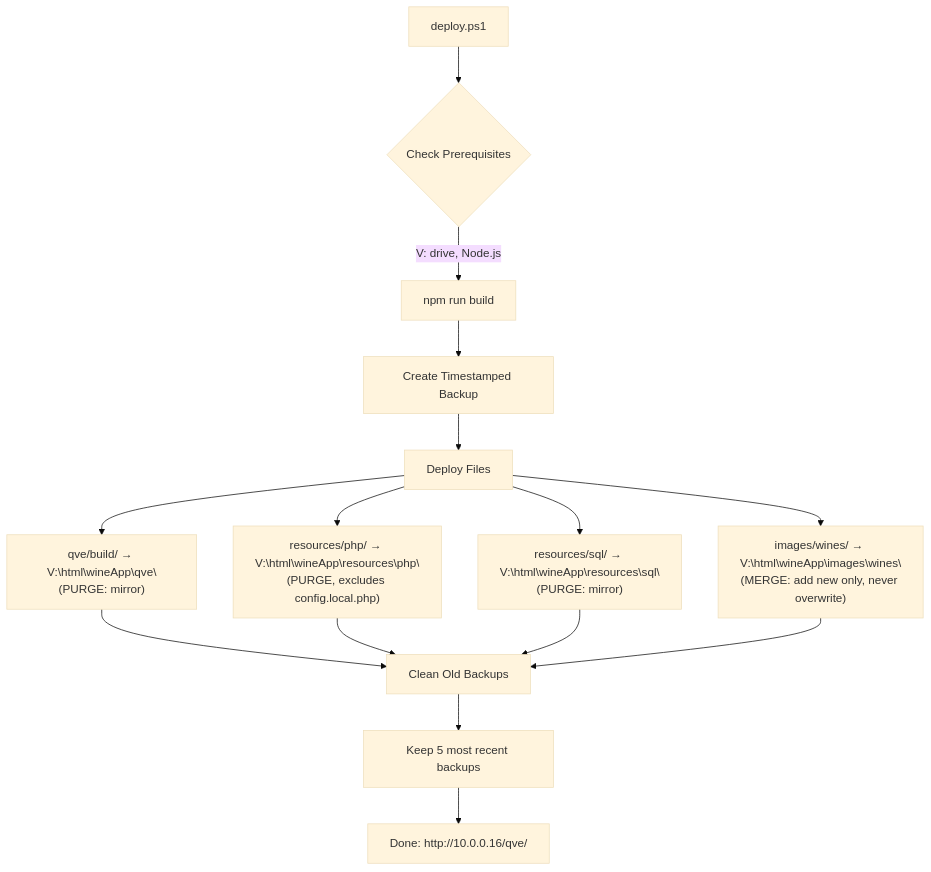
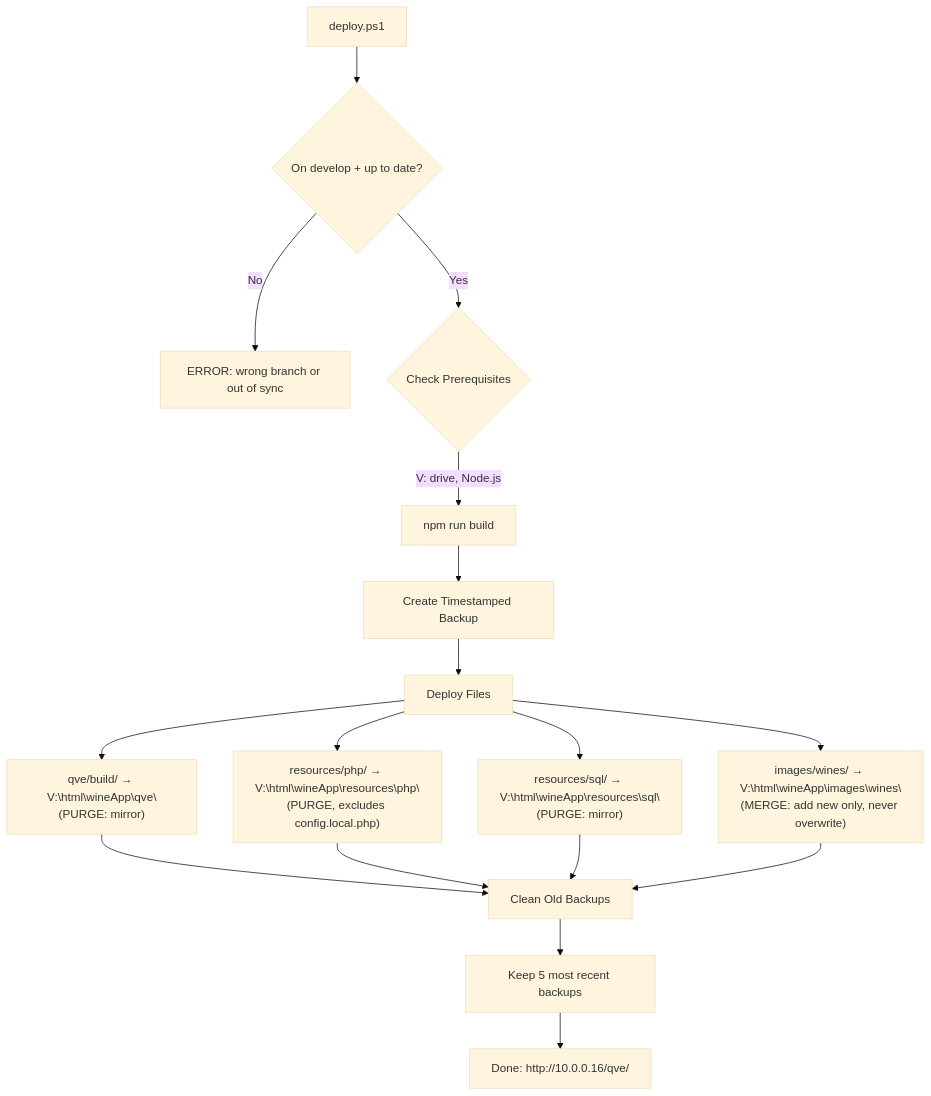
The eighth of 8 diagrams in docs/ARCHITECTURE.md (philhumber/wineApp), drawn with Mermaid (base theme) before and after one commit. The commit also changed other lines of this file and 3 other files, not shown here.

First line of the commit message:
Update docs for staging deploy workflow (develop branch)

````diff
--- a/docs/ARCHITECTURE.md
+++ b/docs/ARCHITECTURE.md
@@ -640,14 +644,16 @@
 ```mermaid
 flowchart TD
-    A[deploy.ps1] --> B{Check Prerequisites}
+    A[deploy.ps1] --> A1{On develop + up to date?}
+    A1 -->|No| A2[ERROR: wrong branch or out of sync]
+    A1 -->|Yes| B{Check Prerequisites}
     B -->|V: drive, Node.js| C[npm run build]
     C --> D[Create Timestamped Backup]
     D --> E[Deploy Files]
     E --> F["qve/build/ → V:\html\wineApp\qve\<br/>(PURGE: mirror)"]
     E --> G["resources/php/ → V:\html\wineApp\resources\php\<br/>(PURGE, excludes config.local.php)"]
     E --> H["resources/sql/ → V:\html\wineApp\resources\sql\<br/>(PURGE: mirror)"]
     E --> I["images/wines/ → V:\html\wineApp\images\wines\<br/>(MERGE: add new only, never overwrite)"]
     F & G & H & I --> J[Clean Old Backups]
     J --> K["Keep 5 most recent backups"]
     K --> L[Done: http://10.0.0.16/qve/]
 ```
````
